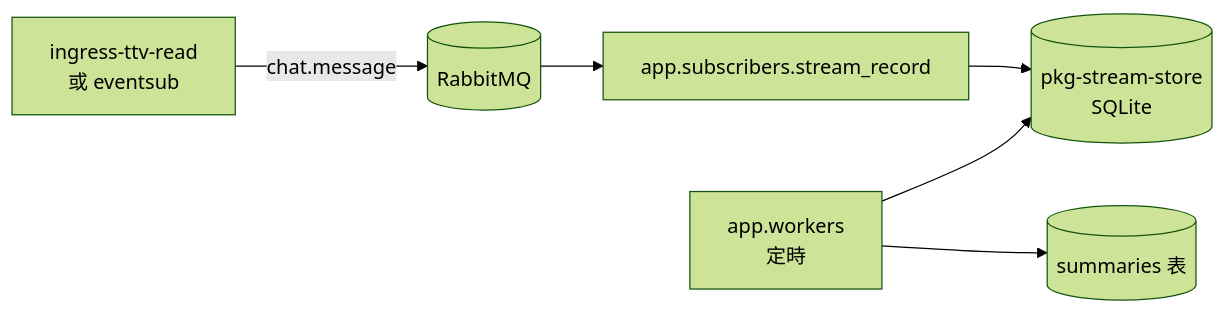
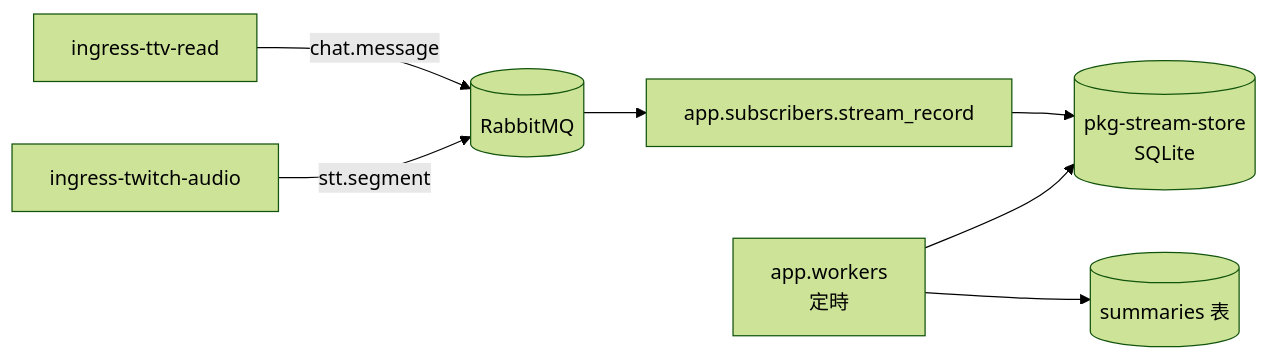
Before and after one commit to skymiku39/streamer_toolbox: the diagram in docs/architecture/stream-memory-pipeline.md, drawn with Mermaid (forest theme). The commit also changed other lines of this file and 14 other files, not shown here.

````diff
--- a/docs/architecture/stream-memory-pipeline.md
+++ b/docs/architecture/stream-memory-pipeline.md
@@ -19,8 +19,9 @@
 ```mermaid
 flowchart LR
-    IRC["ingress-ttv-read<br/>或 eventsub"] -->|chat.message| MQ[("RabbitMQ")]
+    IRC["ingress-ttv-read"] -->|chat.message| MQ[("RabbitMQ")]
+    Audio["ingress-twitch-audio"] -->|stt.segment| MQ
     MQ --> Rec["app.subscribers.stream_record"]
     Rec --> DB[("pkg-stream-store<br/>SQLite")]
     Worker["app.workers<br/>定時"] --> DB
     Worker --> Sum[("summaries 表")]
 ```
````
